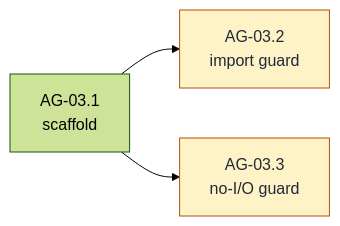
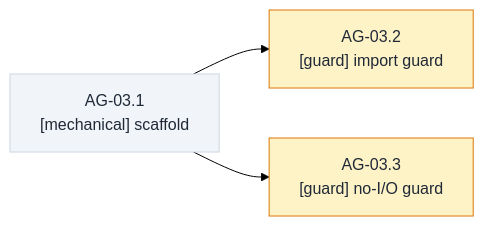
One commit to witsaba/cachicamas changed the fourth of 28 diagrams in docs/architecture/milestones/0003-cachicamas-agent-layer-2-task-graph.md. Above: the diagram before and after it, drawn with Mermaid (forest theme). The commit also changed other lines of this file and 3 other files, not shown here.

````diff
--- a/docs/architecture/milestones/0003-cachicamas-agent-layer-2-task-graph.md
+++ b/docs/architecture/milestones/0003-cachicamas-agent-layer-2-task-graph.md
@@ -212,7 +337,9 @@
 ```mermaid
 flowchart LR
-    A1["AG-03.1<br/>scaffold"] --> A2["AG-03.2<br/>import guard"]
-    A1 --> A3["AG-03.3<br/>no-I/O guard"]
-    classDef g fill:#fef3c7,stroke:#b45309,color:#1f2937
-    class A2,A3 g
+    A1["AG-03.1<br/>[mechanical] scaffold"] --> A2["AG-03.2<br/>[guard] import guard"]
+    A1 --> A3["AG-03.3<br/>[guard] no-I/O guard"]
+    classDef guard fill:#fef3c7,stroke:#d97706,color:#1f2937
+    classDef mechanical fill:#f1f5f9,stroke:#cbd5e1,color:#1f2937
+    class A2,A3 guard
+    class A1 mechanical
 ```
````
